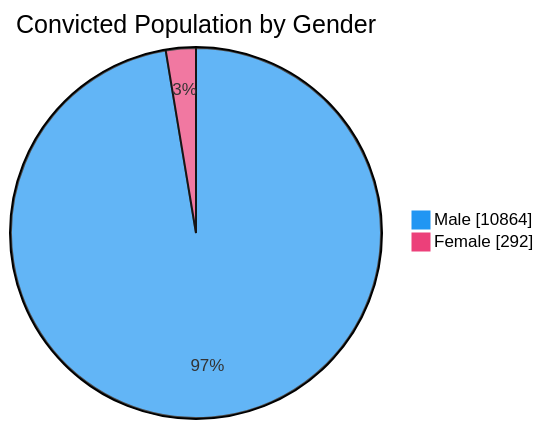
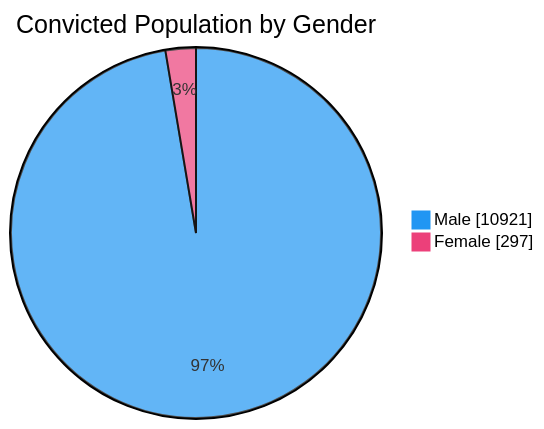
One commit to nuuuwan/lk_prisons changed the third of 7 diagrams in README.md. Above: the diagram before and after it, drawn with Mermaid. The commit also changed other lines of this file and 1 other file, not shown here.

````diff
--- a/README.md
+++ b/README.md
@@ -65,6 +65,6 @@
 ```mermaid
 %%{init: {'themeVariables': {'pie1': '#2196F3', 'pie2': '#EC407A'}}}%%
 pie showData title Convicted Population by Gender
-    "Male" : 10864
-    "Female" : 292
+    "Male" : 10921
+    "Female" : 297
 ```
````
